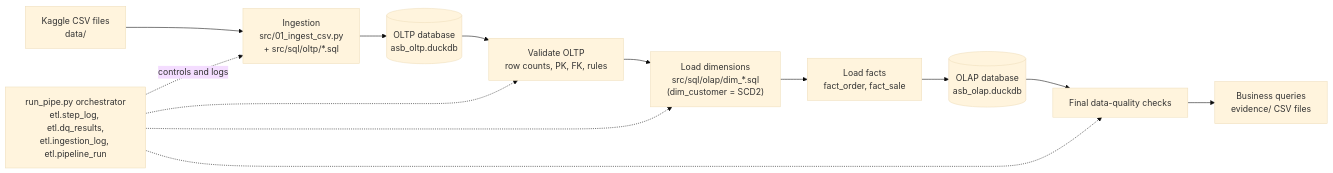
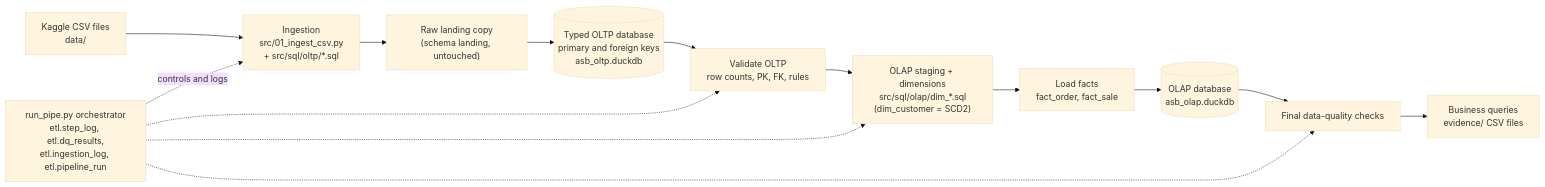
One commit to theoverseeer/WWI-Data-Pipeline changed the first of 3 diagrams in README.md. Above: the diagram before and after it, drawn with Mermaid (base theme). The commit also changed other lines of this file and 5 other files, not shown here.

````diff
--- a/README.md
+++ b/README.md
@@ -67,15 +67,16 @@
 ```mermaid
 flowchart LR
     A["Kaggle CSV files<br/>data/"] --> B["Ingestion<br/>src/01_ingest_csv.py<br/>+ src/sql/oltp/*.sql"]
-    B --> C[("OLTP database<br/>asb_oltp.duckdb")]
+    B --> L["Raw landing copy<br/>(schema landing, untouched)"]
+    L --> C[("Typed OLTP database<br/>primary and foreign keys<br/>asb_oltp.duckdb")]
     C --> D["Validate OLTP<br/>row counts, PK, FK, rules"]
-    D --> E["Load dimensions<br/>src/sql/olap/dim_*.sql<br/>(dim_customer = SCD2)"]
+    D --> E["OLAP staging + dimensions<br/>src/sql/olap/dim_*.sql<br/>(dim_customer = SCD2)"]
     E --> F["Load facts<br/>fact_order, fact_sale"]
     F --> G[("OLAP database<br/>asb_olap.duckdb")]
     G --> H["Final data-quality checks"]
     H --> I["Business queries<br/>evidence/ CSV files"]
     J["run_pipe.py orchestrator<br/>etl.step_log, etl.dq_results,<br/>etl.ingestion_log, etl.pipeline_run"] -.controls and logs.-> B
     J -.-> D
     J -.-> E
     J -.-> H
 ```
````
